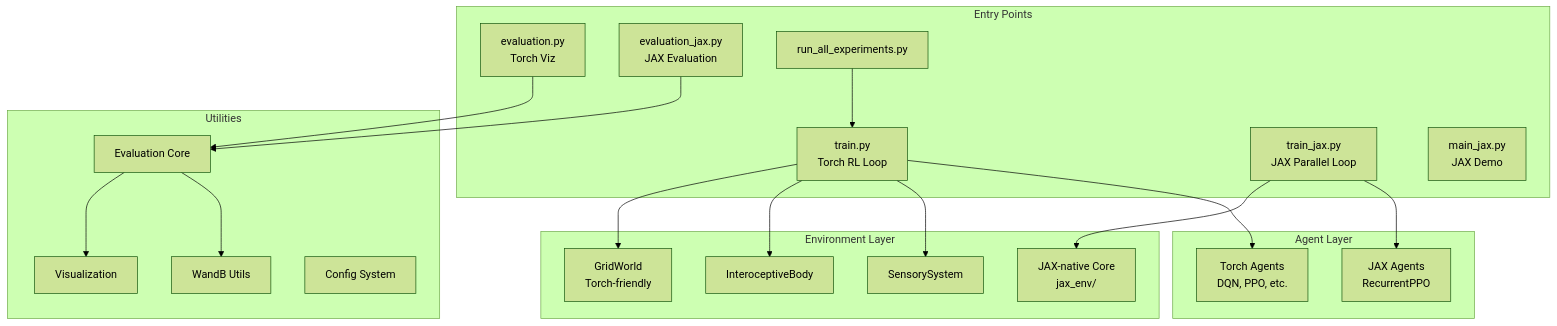
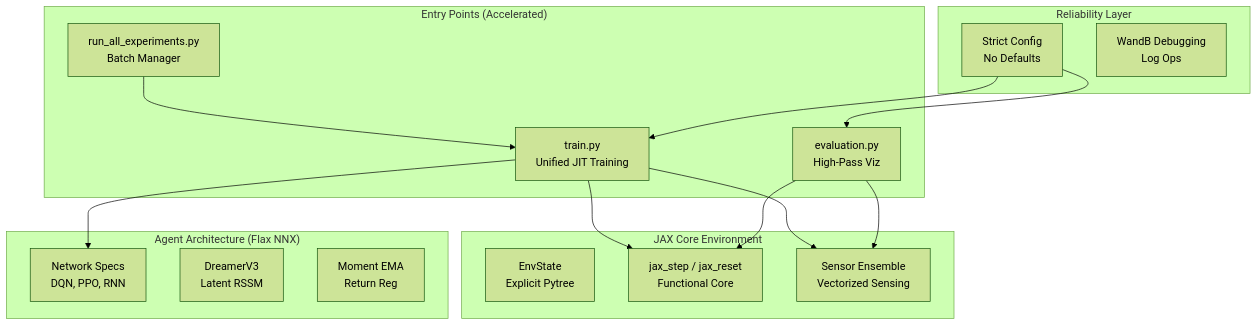
Before and after one commit to Sungwoo-Lee/grid_world_pain: the diagram in docs/PROJECT_SUMMARY.md, drawn with Mermaid (forest theme). The commit also changed other lines of this file and 11 other files, not shown here.

Commit message:
feat: Add environment demo recording and video conversion utilities, and remove obsolete JAX testing and benchmarking scripts.

````diff
--- a/docs/PROJECT_SUMMARY.md
+++ b/docs/PROJECT_SUMMARY.md
@@ -22,39 +22,30 @@
 ```mermaid
 graph TB
-subgraph "Entry Points"
-        A[train.py<br/>Torch RL Loop]
-        AJ[train_jax.py<br/>JAX Parallel Loop]
-        B[evaluation.py<br/>Torch Viz]
-        BJ[evaluation_jax.py<br/>JAX Evaluation]
-        C[main_jax.py<br/>JAX Demo]
-        D[run_all_experiments.py]
+    subgraph "Entry Points (Accelerated)"
+        A[train.py<br/>Unified JIT Training]
+        B[evaluation.py<br/>High-Pass Viz]
+        C[run_all_experiments.py<br/>Batch Manager]
     end
     
-    subgraph "Environment Layer"
-        F[GridWorld<br/>Torch-friendly]
-        FJ[JAX-native Core<br/>jax_env/]
-        G[InteroceptiveBody]
-        H[SensorySystem]
+    subgraph "JAX Core Environment"
+        F[EnvState<br/>Explicit Pytree]
+        G[jax_step / jax_reset<br/>Functional Core]
+        H[Sensor Ensemble<br/>Vectorized Sensing]
     end
     
-    subgraph "Agent Layer"
-        I[Torch Agents<br/>DQN, PPO, etc.]
-        IJ[JAX Agents<br/>RecurrentPPO]
+    subgraph "Agent Architecture (Flax NNX)"
+        I[Network Specs<br/>DQN, PPO, RNN]
+        J[DreamerV3<br/>Latent RSSM]
+        K[Moment EMA<br/>Return Reg]
     end
     
-    subgraph "Utilities"
-        O[Visualization]
-        R[WandB Utils]
-        S[Config System]
-        T[Evaluation Core]
+    subgraph "Reliability Layer"
+        S[Strict Config<br/>No Defaults]
+        R[WandB Debugging<br/>Log Ops]
     end
     
-    A --> F & G & H
-    AJ --> FJ
-    A --> I
-    AJ --> IJ
-    B --> T
-    BJ --> T
-    T --> O & R
-    D --> A
+    A --> G & H & I
+    C --> A
+    B --> G & H
+    S --> A & B
 ```
````
